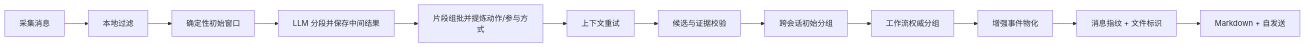
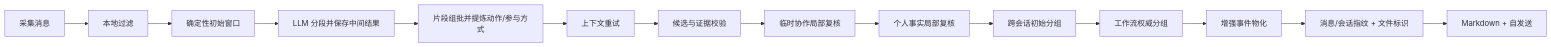
One commit to sunweisheng/WorkTrace changed the diagram in docs/implementation-breakdown.md. Above: the diagram before and after it, drawn with Mermaid. The commit also changed other lines of this file and 6 other files, not shown here.

````diff
--- a/docs/implementation-breakdown.md
+++ b/docs/implementation-breakdown.md
@@ -33,7 +33,8 @@
 ```mermaid
 flowchart LR
     A["采集消息"] --> B["本地过滤"] --> C["确定性初始窗口"] --> D["LLM 分段并保存中间结果"]
     D --> E["片段组批并提炼动作/参与方式"] --> F["上下文重试"] --> G["候选与证据校验"]
-    G --> H["跨会话初始分组"] --> I["工作流权威分组"] --> J["增强事件物化"]
-    J --> K["消息指纹 + 文件标识"] --> L["Markdown + 自发送"]
+    G --> H["临时协作局部复核"] --> I["个人事实局部复核"] --> J["跨会话初始分组"]
+    J --> K["工作流权威分组"] --> L["增强事件物化"]
+    L --> M["消息/会话指纹 + 文件标识"] --> N["Markdown + 自发送"]
 ```
````
